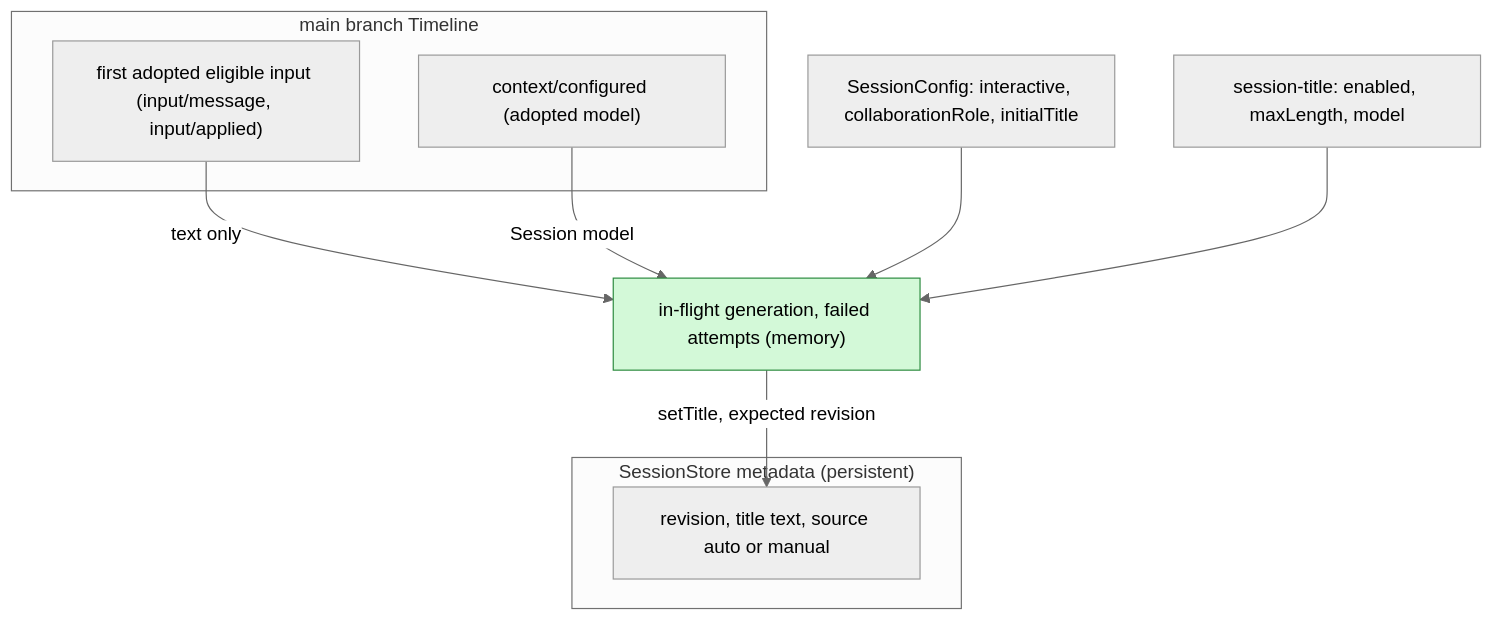
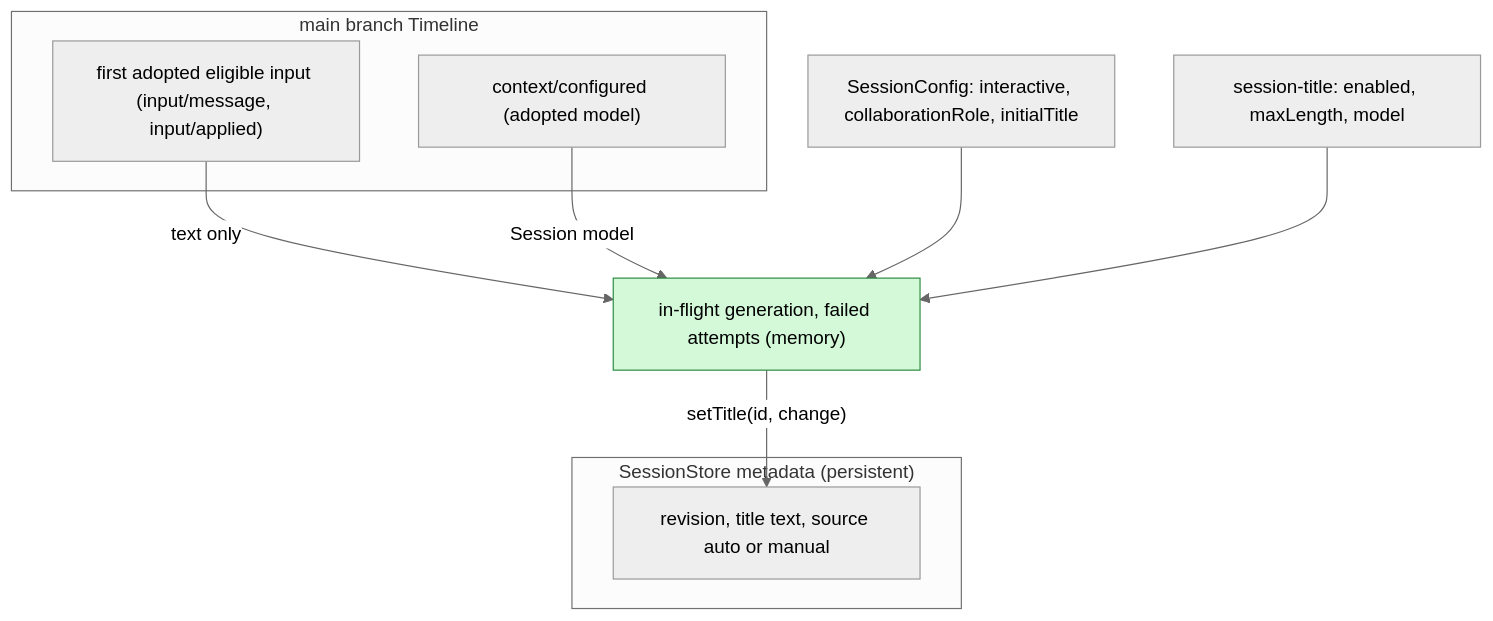
Before and after one commit to arcships/dim: the second of 6 diagrams in docs/design/plugins/SessionTitle.md, drawn with Mermaid (neutral theme). The commit also changed other lines of this file and 5 other files, not shown here.

````diff
--- a/docs/design/plugins/SessionTitle.md
+++ b/docs/design/plugins/SessionTitle.md
@@ -134,19 +134,19 @@
 ```mermaid
 flowchart TB
   subgraph TLM["main branch Timeline"]
     FUI["first adopted eligible input (input/message, input/applied)"]
     CC["context/configured (adopted model)"]
   end
   subgraph STORE["SessionStore metadata (persistent)"]
     MD["revision, title text, source auto or manual"]
   end
   CONF["SessionConfig: interactive, collaborationRole, initialTitle"]
   CFG["session-title: enabled, maxLength, model"]
   MEM["in-flight generation, failed attempts (memory)"]:::new
   FUI -->|"text only"| MEM
   CC -->|"Session model"| MEM
   CONF --> MEM
   CFG --> MEM
-  MEM -->|"setTitle, expected revision"| MD
+  MEM -->|"setTitle(id, change)"| MD
   classDef new fill:#d3f9d8,stroke:#2b8a3e,color:#000
 ```
````
